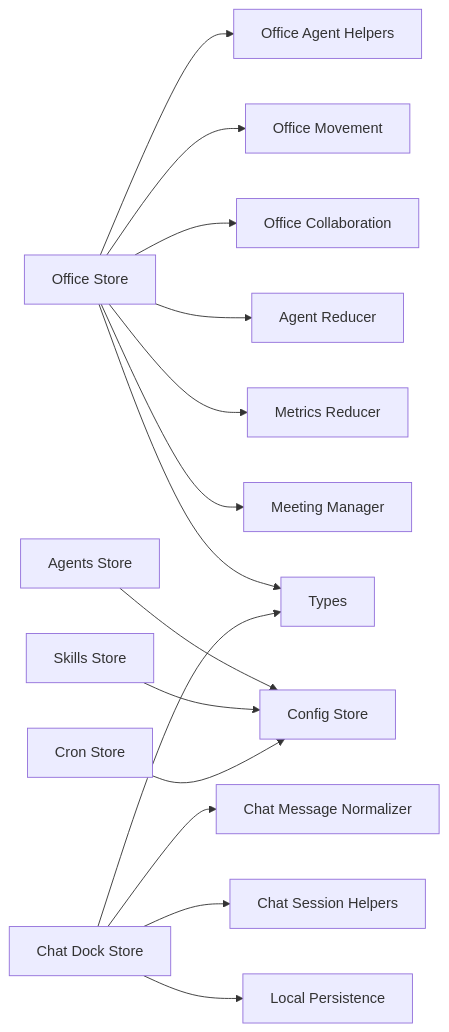
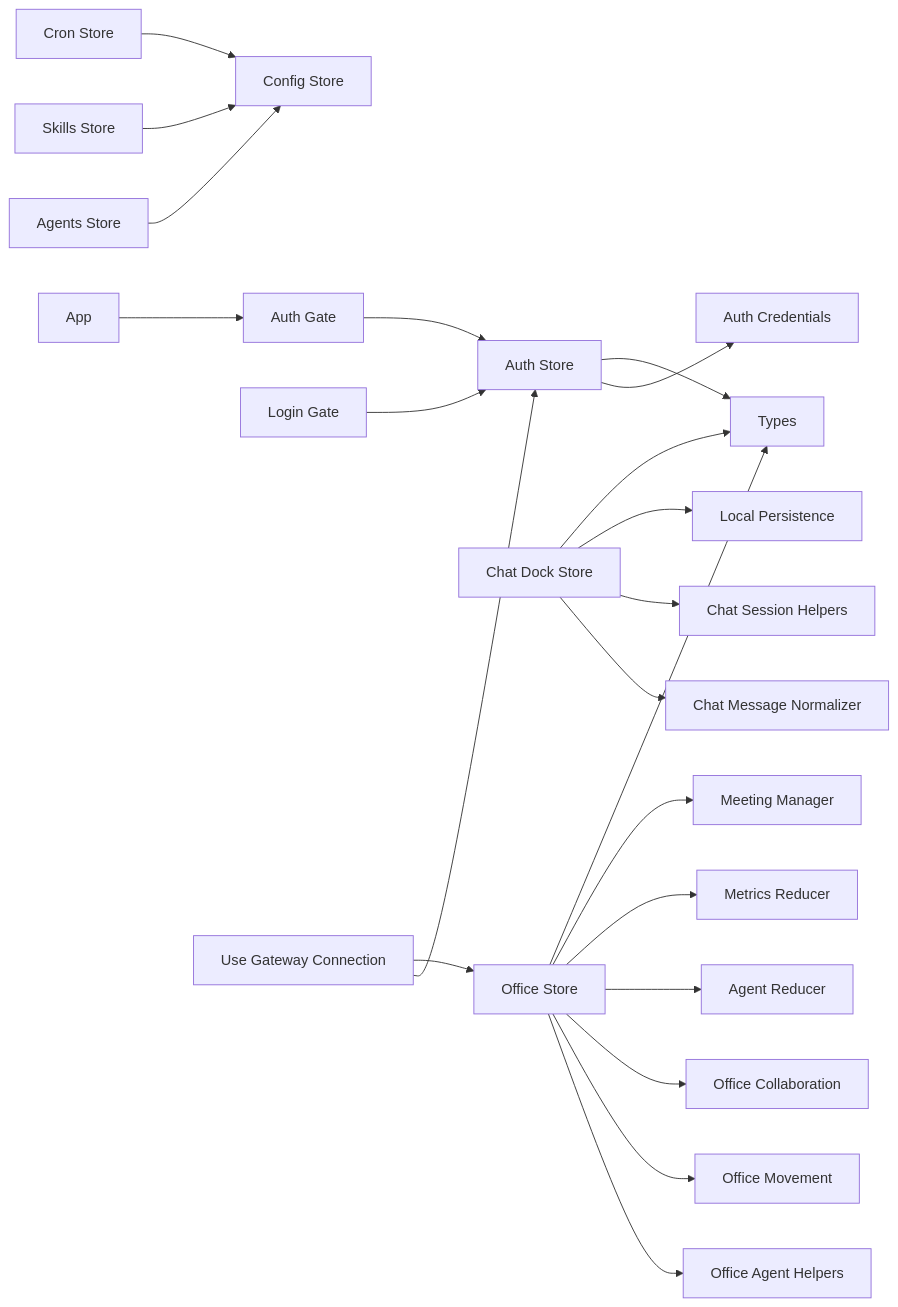
Before and after one commit to WW-AI-Lab/openclaw-office: diagram 11 of 11 in .qoder/repowiki/zh/content/状态管理系统/状态管理系统.md, drawn with Mermaid. The commit also changed other lines of this file and 9 other files, not shown here.

````diff
--- a/.qoder/repowiki/zh/content/状态管理系统/状态管理系统.md
+++ b/.qoder/repowiki/zh/content/状态管理系统/状态管理系统.md
@@ -538,17 +686,24 @@
 ```mermaid
 graph LR
 OS["Office Store"] --> OAH["Office Agent Helpers"]
 OS --> OM["Office Movement"]
 OS --> OC["Office Collaboration"]
 OS --> AR["Agent Reducer"]
 OS --> MR["Metrics Reducer"]
 OS --> MM["Meeting Manager"]
 OS --> TYPES["Types"]
 AS["Agents Store"] --> CFG["Config Store"]
 SS["Skills Store"] --> CFG
 CRONS["Cron Store"] --> CFG
 CDS["Chat Dock Store"] --> CMN["Chat Message Normalizer"]
 CDS --> CSH["Chat Session Helpers"]
 CDS --> LP["Local Persistence"]
 CDS --> TYPES
+AUTH["Auth Store"] --> AC["Auth Credentials"]
+AUTH --> TYPES
+AG["Auth Gate"] --> AUTH
+LG["Login Gate"] --> AUTH
+UGC["Use Gateway Connection"] --> AUTH
+UGC --> OS
+APP["App"] --> AG
 ```
````
